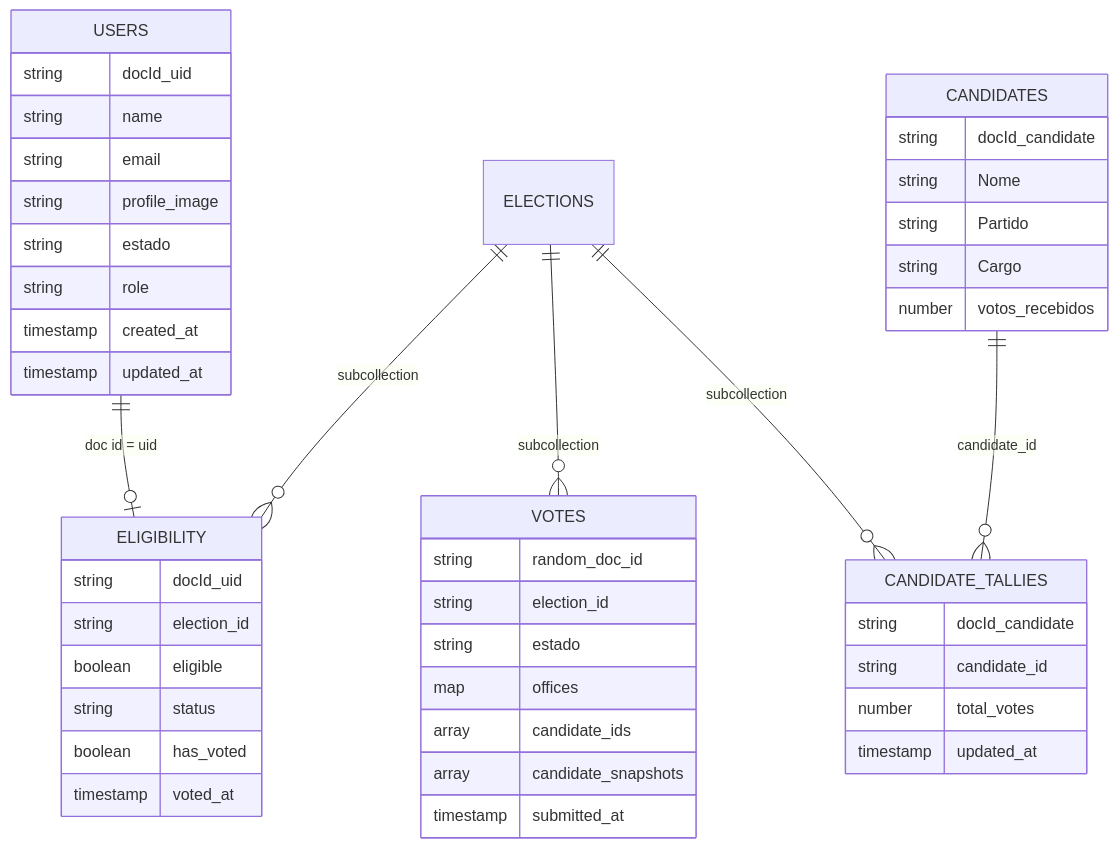
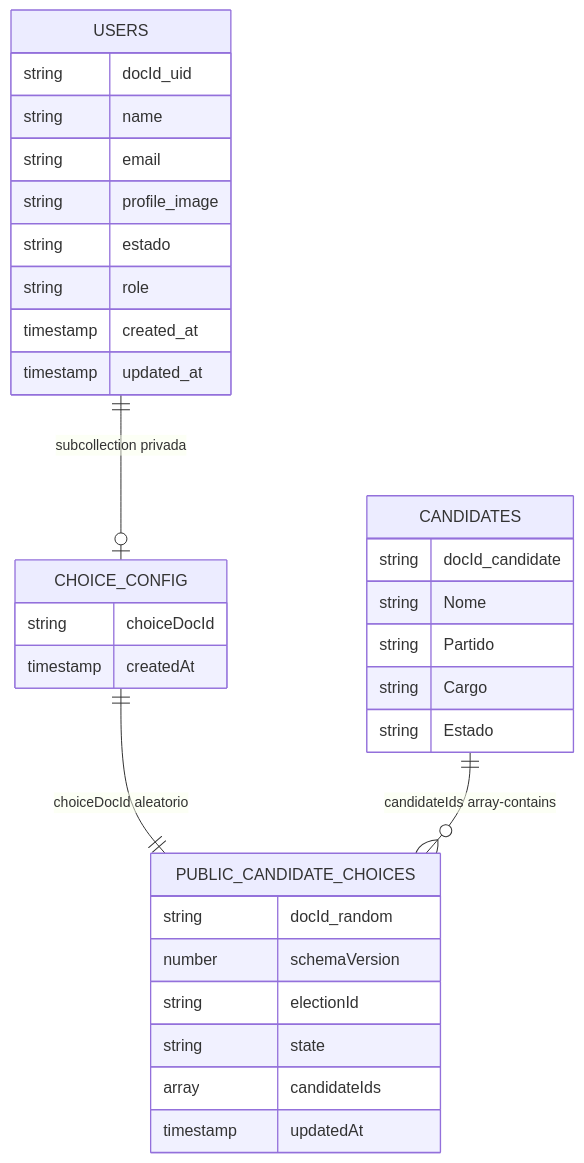
Before and after one commit to planovoto-sys/Plano-voto: the diagram in docs/firestore-voting-model.md, drawn with Mermaid. The commit also changed other lines of this file and 15 other files, not shown here.

````diff
--- a/docs/firestore-voting-model.md
+++ b/docs/firestore-voting-model.md
@@ -7,53 +7,39 @@
 ```mermaid
 erDiagram
-  USERS ||--o| ELIGIBILITY : "doc id = uid"
-  ELECTIONS ||--o{ ELIGIBILITY : "subcollection"
-  ELECTIONS ||--o{ VOTES : "subcollection"
-  ELECTIONS ||--o{ CANDIDATE_TALLIES : "subcollection"
-  CANDIDATES ||--o{ CANDIDATE_TALLIES : "candidate_id"
+  USERS ||--o| CHOICE_CONFIG : "subcollection privada"
+  CHOICE_CONFIG ||--|| PUBLIC_CANDIDATE_CHOICES : "choiceDocId aleatorio"
+  CANDIDATES ||--o{ PUBLIC_CANDIDATE_CHOICES : "candidateIds array-contains"
 
   USERS {
     string docId_uid
     string name
     string email
     string profile_image
     string estado
     string role
     timestamp created_at
     timestamp updated_at
   }
 
-  ELIGIBILITY {
-    string docId_uid
-    string election_id
-    boolean eligible
-    string status
-    boolean has_voted
-    timestamp voted_at
+  CHOICE_CONFIG {
+    string choiceDocId
+    timestamp createdAt
   }
 
-  VOTES {
-    string random_doc_id
-    string election_id
-    string estado
-    map offices
-    array candidate_ids
-    array candidate_snapshots
-    timestamp submitted_at
+  PUBLIC_CANDIDATE_CHOICES {
+    string docId_random
+    number schemaVersion
+    string electionId
+    string state
+    array candidateIds
+    timestamp updatedAt
   }
 
   CANDIDATES {
     string docId_candidate
     string Nome
     string Partido
     string Cargo
-    number votos_recebidos
-  }
-
-  CANDIDATE_TALLIES {
-    string docId_candidate
-    string candidate_id
-    number total_votes
-    timestamp updated_at
+    string Estado
   }
 ```
````
